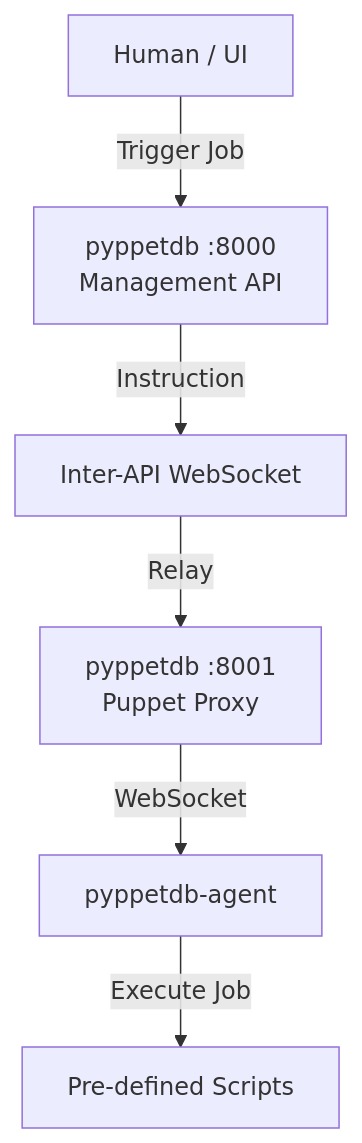
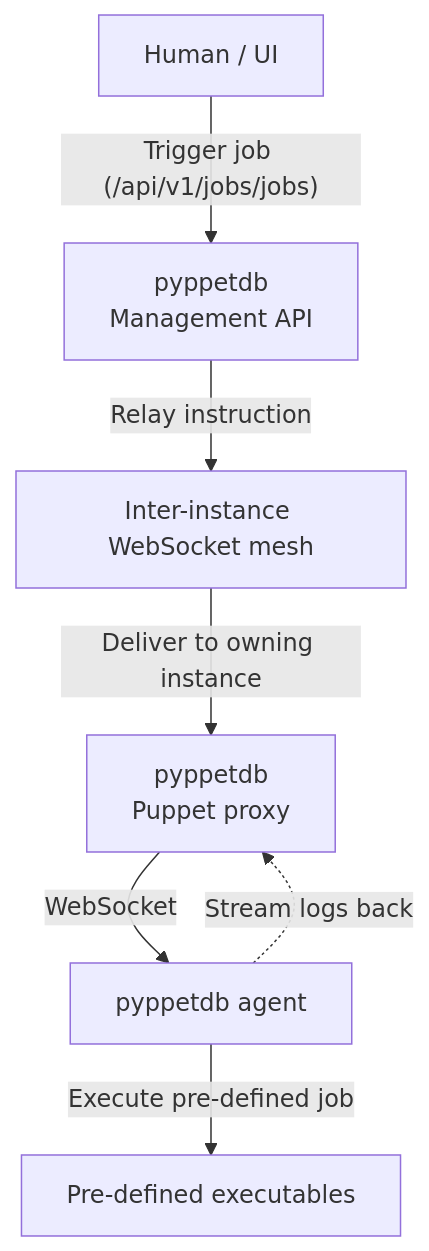
The fourth of 4 diagrams in docs/architecture.md (schlitzered/pyppetdb), drawn with Mermaid before and after one commit. The commit also changed other lines of this file and 8 other files, not shown here.

````diff
--- a/docs/architecture.md
+++ b/docs/architecture.md
@@ -95,14 +114,15 @@
 ```mermaid
 graph TD
     User[Human / UI]
-    API[pyppetdb :8000<br/>Management API]
-    WS[Inter-API WebSocket]
-    Proxy[pyppetdb :8001<br/>Puppet Proxy]
-    Agent[pyppetdb-agent]
+    API["pyppetdb<br/>Management API"]
+    WS[Inter-instance WebSocket mesh]
+    Proxy["pyppetdb<br/>Puppet proxy"]
+    Agent[pyppetdb agent]
 
-    User -- "Trigger Job" --> API
-    API -- "Instruction" --> WS
-    WS -- "Relay" --> Proxy
+    User -- "Trigger job (/api/v1/jobs/jobs)" --> API
+    API -- "Relay instruction" --> WS
+    WS -- "Deliver to owning instance" --> Proxy
     Proxy -- "WebSocket" --> Agent
-    Agent -- "Execute Job" --> Jobs[Pre-defined Scripts]
+    Agent -- "Execute pre-defined job" --> Jobs[Pre-defined executables]
+    Agent -. "Stream logs back" .-> Proxy
 ```
````
